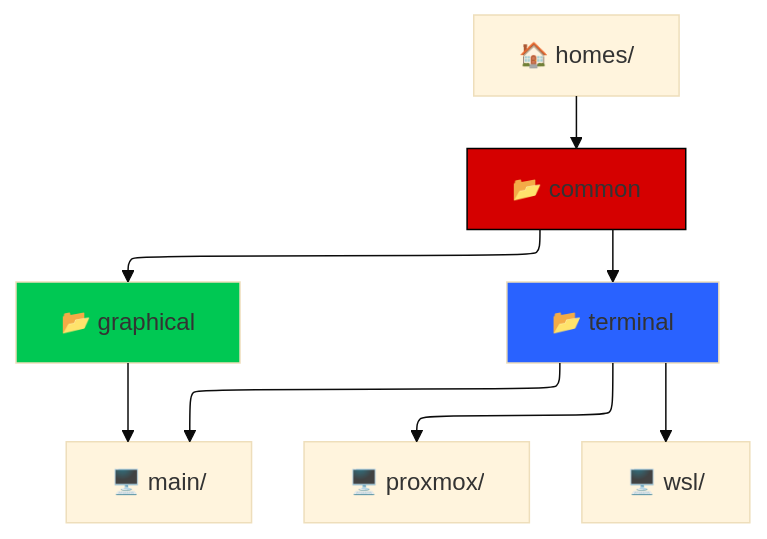
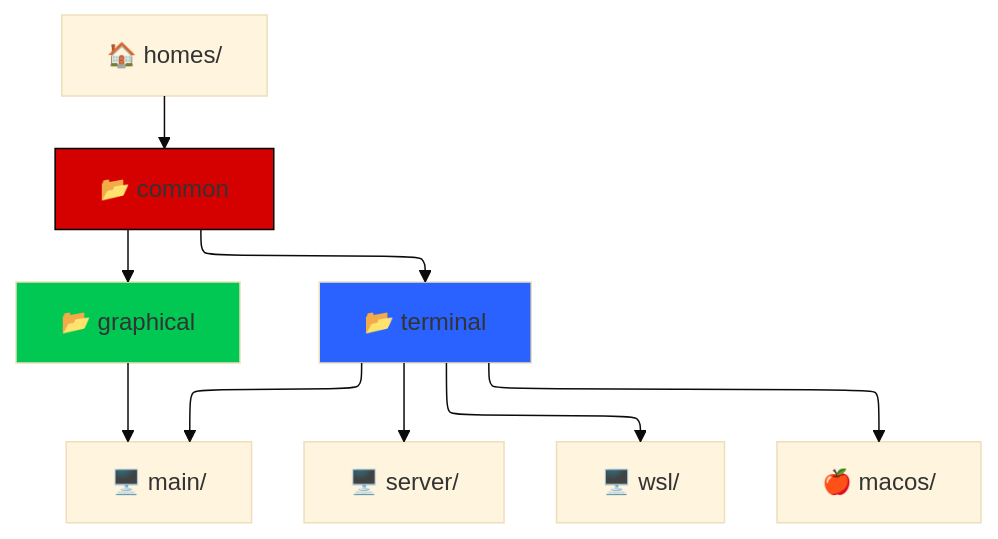
The diagram in notebook/programming/nix/nixos.md (git-morin/nixOS), drawn with Mermaid (base theme) before and after one commit. The commit also changed other lines of this file and 12 other files, not shown here.

````diff
--- a/notebook/programming/nix/nixos.md
+++ b/notebook/programming/nix/nixos.md
@@ -23,14 +24,14 @@
 ```mermaid
 ---
 config:
   layout: elk
 ---
 flowchart TB
     A["🏠 homes/"] --> Z["📂 common"]
     Z --> C["📂 graphical"] & D["📂 terminal"]
     C --> G["🖥️ main/"]
-    D --> G & I["🖥️ proxmox/"] & H["🖥️ wsl/"]
+    D --> G & I["🖥️ server/"] & H["🖥️ wsl/"] & M["🍎 macos/"]
     style Z fill:#D50000,stroke:#000000
     style C fill:#00C853
     style D fill:#2962FF
 ```
````
